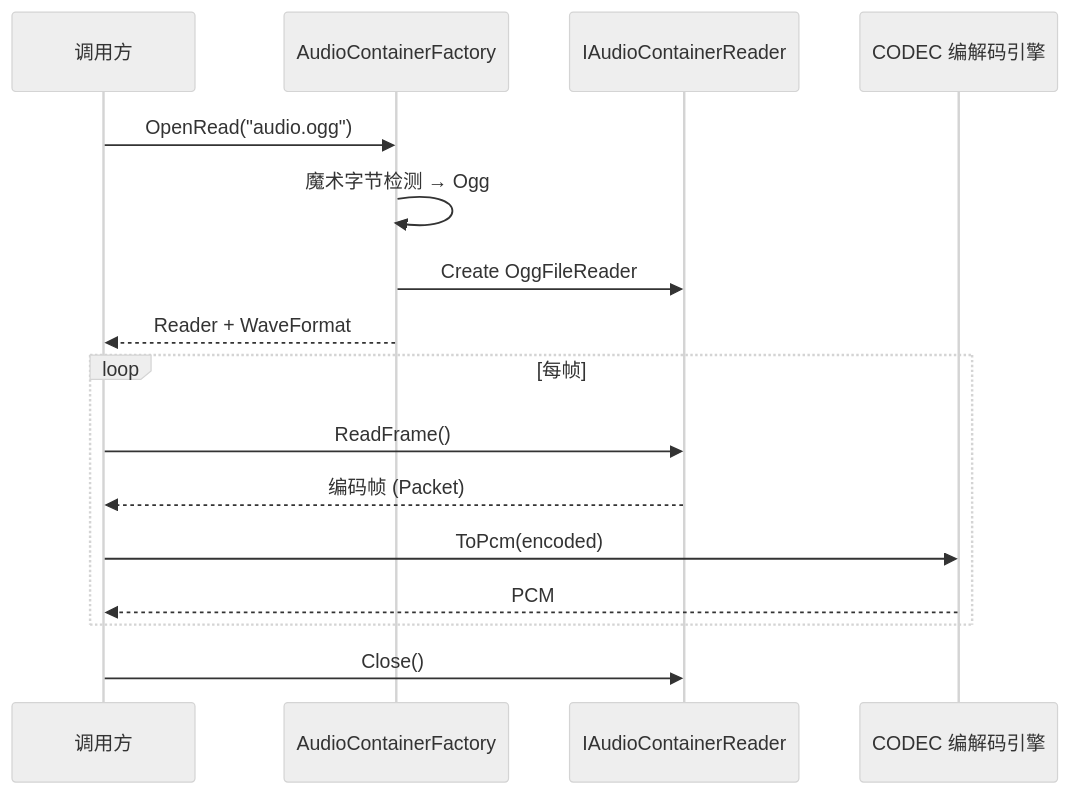
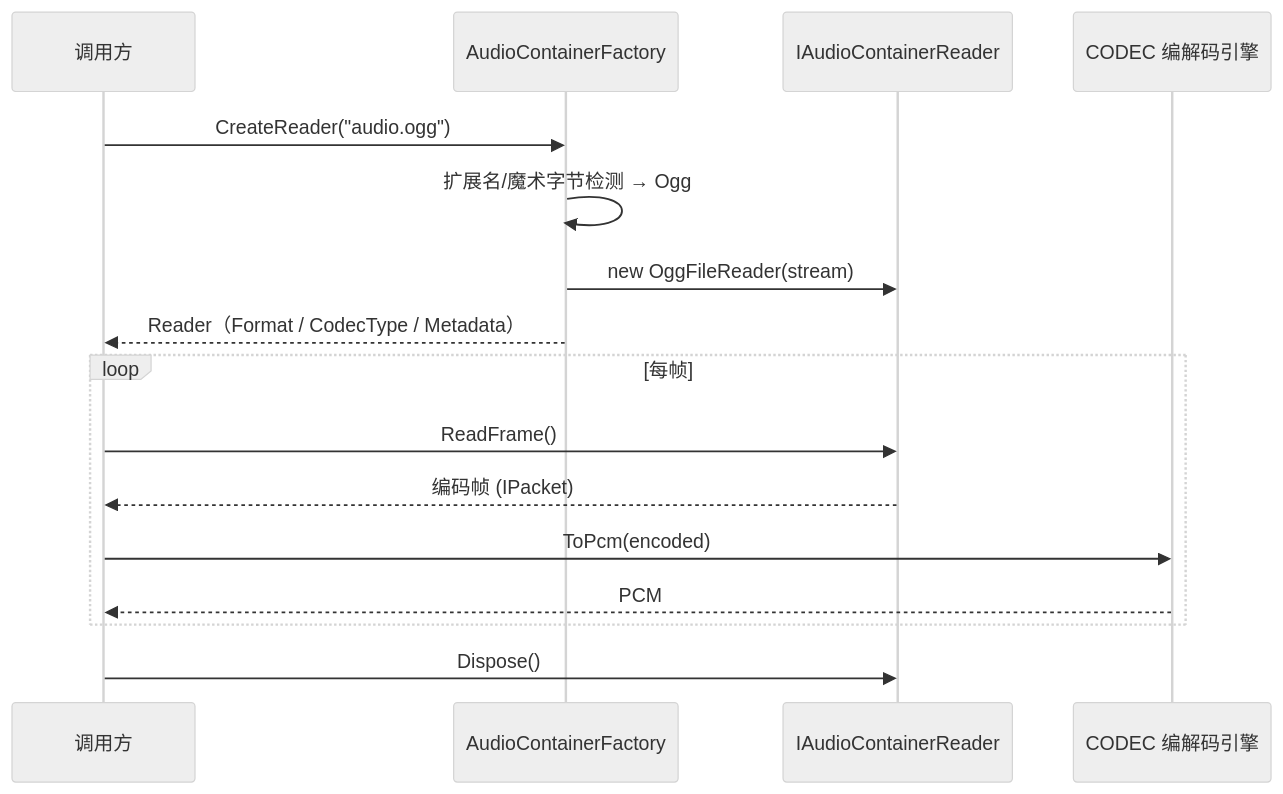
The first of 3 diagrams in Doc/CONT-容器格式.md (NewLifeX/NewLife.Audio), drawn with Mermaid (neutral theme) before and after one commit. The commit also changed other lines of this file and 13 other files, not shown here.

````diff
--- a/Doc/CONT-容器格式.md
+++ b/Doc/CONT-容器格式.md
@@ -41,18 +45,18 @@
 ```mermaid
 sequenceDiagram
     participant App as 调用方
     participant Factory as AudioContainerFactory
     participant Reader as IAudioContainerReader
     participant Codec as CODEC 编解码引擎
-    App->>Factory: OpenRead("audio.ogg")
-    Factory->>Factory: 魔术字节检测 → Ogg
-    Factory->>Reader: Create OggFileReader
-    Factory-->>App: Reader + WaveFormat
+    App->>Factory: CreateReader("audio.ogg")
+    Factory->>Factory: 扩展名/魔术字节检测 → Ogg
+    Factory->>Reader: new OggFileReader(stream)
+    Factory-->>App: Reader（Format / CodecType / Metadata）
     loop 每帧
         App->>Reader: ReadFrame()
-        Reader-->>App: 编码帧 (Packet)
+        Reader-->>App: 编码帧 (IPacket)
         App->>Codec: ToPcm(encoded)
         Codec-->>App: PCM
     end
-    App->>Reader: Close()
+    App->>Reader: Dispose()
 ```
````
